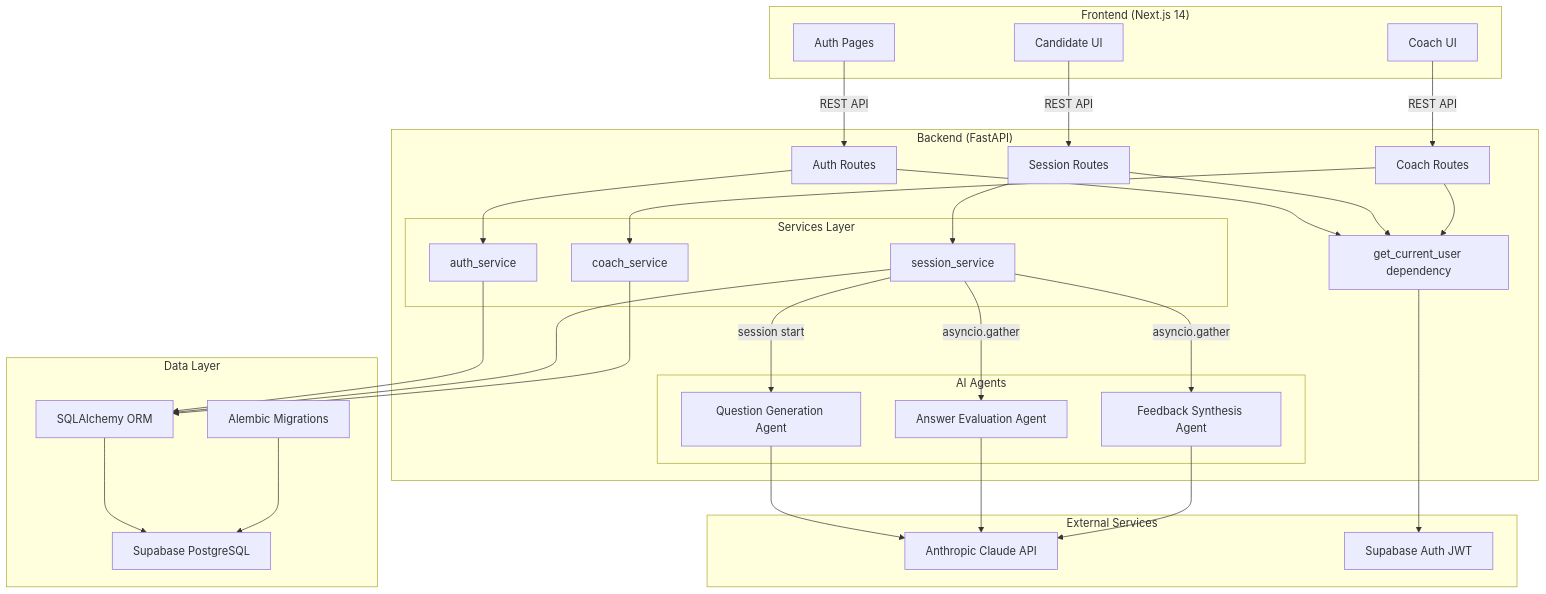
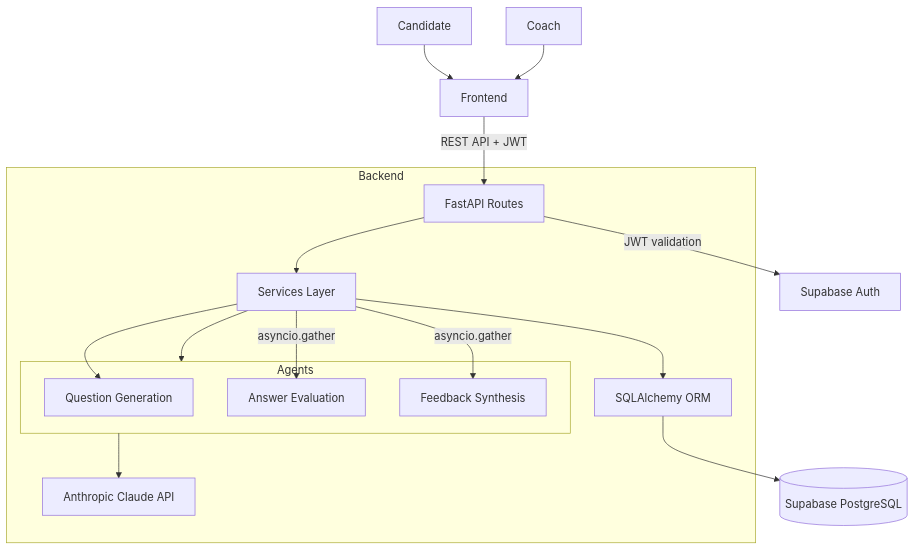
One commit to DhruvGorasiya/MockReady changed the diagram in README.md. Above: the diagram before and after it, drawn with Mermaid.

Commit message:
Update architecture diagram in README

````diff
--- a/README.md
+++ b/README.md
@@ -40,67 +40,26 @@
 ```mermaid
-graph TD
-    subgraph Frontend ["Frontend (Next.js 14)"]
-        A[Candidate UI] 
-        B[Coach UI]
-        C[Auth Pages]
+flowchart TD
+    Candidate --> Frontend
+    Coach --> Frontend
+    Frontend -->|REST API + JWT| Routes
+
+    subgraph Backend
+        Routes[FastAPI Routes] --> Services
+        Services[Services Layer] --> Agents
+        Services --> DB
+        Agents[AI Agents] --> Claude[Anthropic Claude API]
     end
 
-    subgraph Backend ["Backend (FastAPI)"]
-        D[Auth Routes]
-        E[Session Routes]
-        F[Coach Routes]
-        G[get_current_user dependency]
-
-        subgraph Services ["Services Layer"]
-            H[auth_service]
-            I[session_service]
-            J[coach_service]
-        end
-
-        subgraph Agents ["AI Agents"]
-            K[Question Generation Agent]
-            L[Answer Evaluation Agent]
-            M[Feedback Synthesis Agent]
-        end
+    subgraph Agents
+        QGen[Question Generation]
+        Eval[Answer Evaluation]
+        Feedback[Feedback Synthesis]
     end
 
-    subgraph Data ["Data Layer"]
-        N[Supabase PostgreSQL]
-        O[SQLAlchemy ORM]
-        P[Alembic Migrations]
-    end
+    Services -->|asyncio.gather| Eval
+    Services -->|asyncio.gather| Feedback
+    Services --> QGen
 
-    subgraph External ["External Services"]
-        Q[Anthropic Claude API]
-        R[Supabase Auth JWT]
-    end
-
-    A -->|REST API| E
-    B -->|REST API| F
-    C -->|REST API| D
-
-    D --> G
-    E --> G
-    F --> G
-
-    D --> H
-    E --> I
-    F --> J
-
-    I -->|session start| K
-    I -->|asyncio.gather| L
-    I -->|asyncio.gather| M
-
-    K --> Q
-    L --> Q
-    M --> Q
-
-    H --> O
-    I --> O
-    J --> O
-
-    O --> N
-    P --> N
-
-    G --> R
+    DB[SQLAlchemy ORM] --> Supabase[(Supabase PostgreSQL)]
+    Routes -->|JWT validation| Auth[Supabase Auth]
 ```
````
